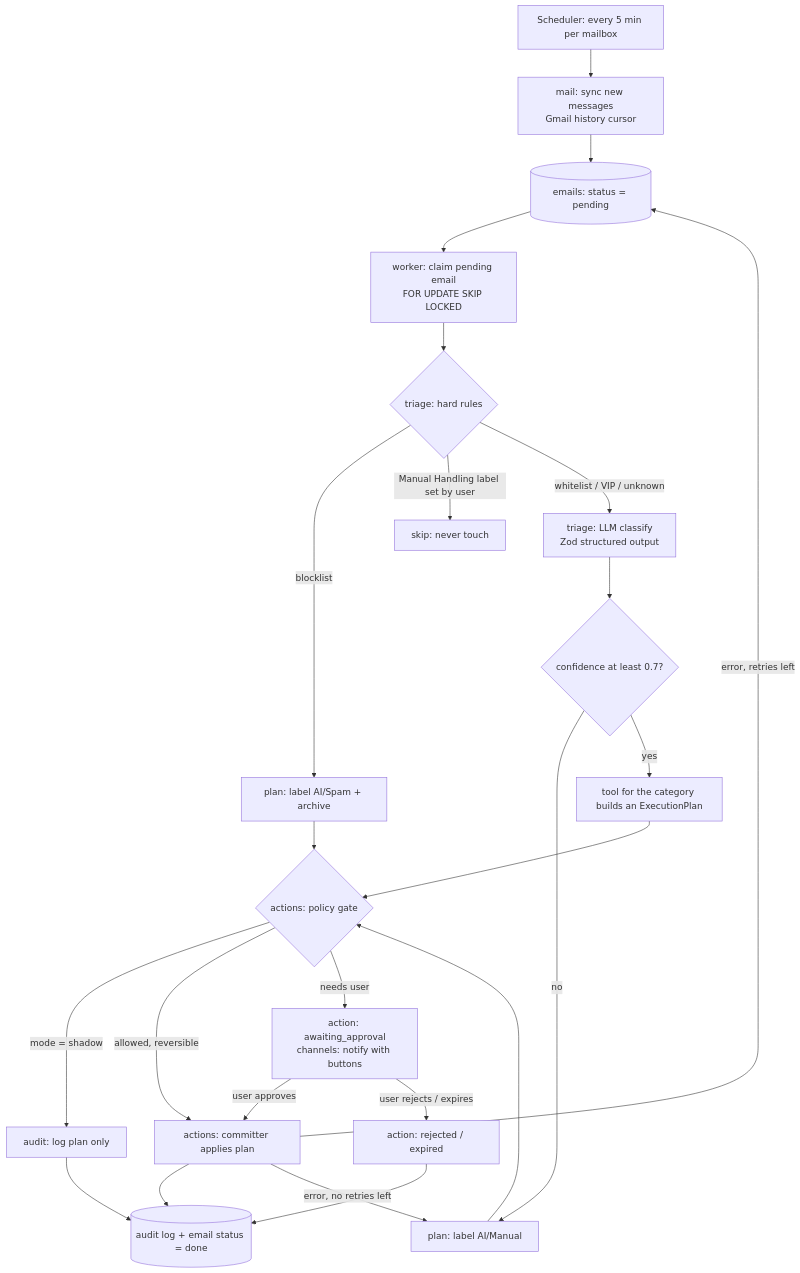
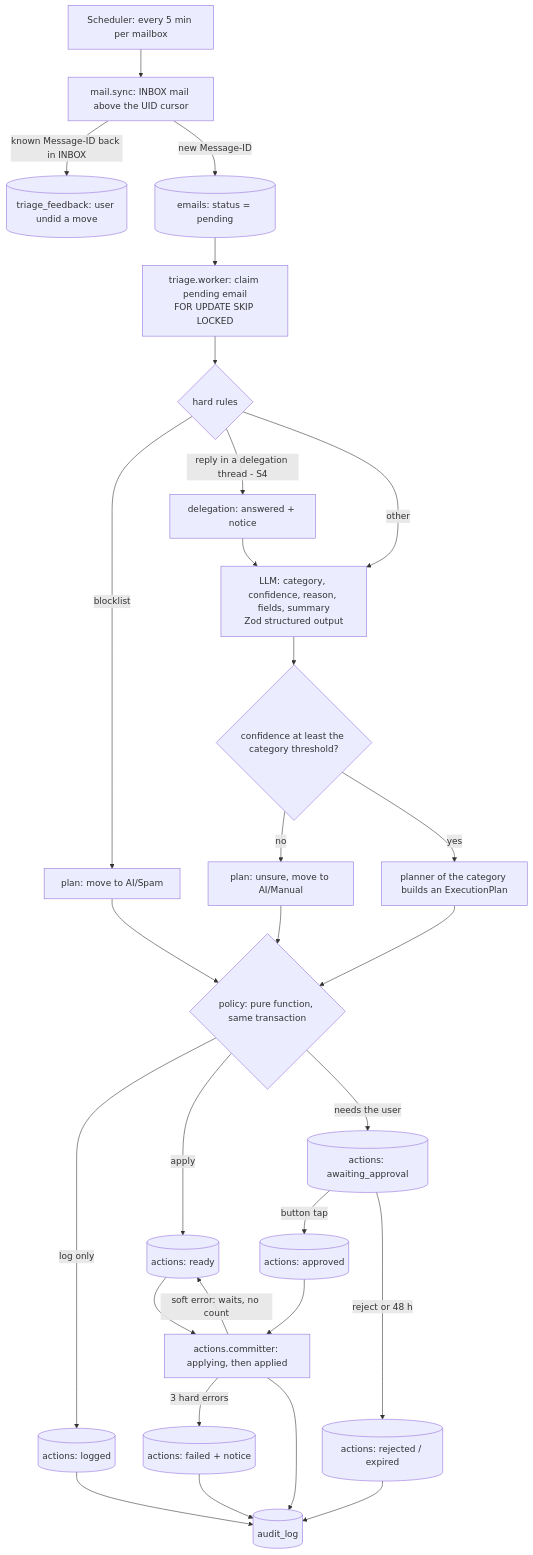
One commit to Artexs/email_assistant changed the second of 4 diagrams in docs/architecture.md. Above: the diagram before and after it, drawn with Mermaid. The commit also changed other lines of this file and 33 other files, not shown here.

Commit message:
docs: apply MVP review fixes — IMAP first (ADR 0010), own Postgres in Compose (0011), LLM data/cost rules (0012); architecture, modules, roadmap, brief Q9–Q11, code-patterns; slices S0–S6 (S1a/S1b split); review task done

````diff
--- a/docs/architecture.md
+++ b/docs/architecture.md
@@ -83,26 +86,31 @@
 ```mermaid
 flowchart TD
-    Tick[Scheduler: every 5 min per mailbox] --> Sync[mail: sync new messages<br/>Gmail history cursor]
-    Sync --> Store[(emails: status = pending)]
-    Store --> Claim[worker: claim pending email<br/>FOR UPDATE SKIP LOCKED]
-    Claim --> Rules{triage: hard rules}
-    Rules -->|blocklist| PlanSpam[plan: label AI/Spam + archive]
-    Rules -->|Manual Handling label set by user| Skip[skip: never touch]
-    Rules -->|whitelist / VIP / unknown| Classify[triage: LLM classify<br/>Zod structured output]
-    Classify --> Conf{confidence at least 0.7?}
-    Conf -->|no| PlanManual[plan: label AI/Manual]
-    Conf -->|yes| Tool[tool for the category builds an ExecutionPlan]
-    Tool --> Policy{actions: policy gate}
-    PlanSpam --> Policy
-    PlanManual --> Policy
-    Policy -->|mode = shadow| LogOnly[audit: log plan only]
-    Policy -->|allowed, reversible| Commit[actions: committer applies plan]
-    Policy -->|needs user| Await[action: awaiting_approval<br/>channels: notify with buttons]
-    Await -->|user approves| Commit
-    Await -->|user rejects / expires| Rejected[action: rejected / expired]
-    Commit --> Audit[(audit log + email status = done)]
-    LogOnly --> Audit
-    Rejected --> Audit
-    Commit -->|error, retries left| Store
-    Commit -->|error, no retries left| PlanManual
+    Tick[Scheduler: every 5 min per mailbox] --> Sync[mail.sync: INBOX mail above the UID cursor]
+    Sync -->|known Message-ID back in INBOX| FB[(triage_feedback: user undid a move)]
+    Sync -->|new Message-ID| Store[(emails: status = pending)]
+    Store --> Claim[triage.worker: claim pending email<br/>FOR UPDATE SKIP LOCKED]
+    Claim --> Rules{hard rules}
+    Rules -->|blocklist| PSpam[plan: move to AI/Spam]
+    Rules -->|reply in a delegation thread - S4| Answered[delegation: answered + notice]
+    Answered --> Classify
+    Rules -->|other| Classify[LLM: category, confidence, reason, fields, summary<br/>Zod structured output]
+    Classify --> Conf{confidence at least the category threshold?}
+    Conf -->|no| PManual[plan: unsure, move to AI/Manual]
+    Conf -->|yes| Plan[planner of the category builds an ExecutionPlan]
+    PSpam --> Policy
+    PManual --> Policy
+    Plan --> Policy{policy: pure function, same transaction}
+    Policy -->|log only| Logged[(actions: logged)]
+    Policy -->|apply| Ready[(actions: ready)]
+    Policy -->|needs the user| Await[(actions: awaiting_approval)]
+    Ready --> Commit[actions.committer: applying, then applied]
+    Await -->|button tap| Approved[(actions: approved)]
+    Approved --> Commit
+    Await -->|reject or 48 h| Closed[(actions: rejected / expired)]
+    Commit -->|soft error: waits, no count| Ready
+    Commit -->|3 hard errors| Failed[(actions: failed + notice)]
+    Logged --> Audit[(audit_log)]
+    Commit --> Audit
+    Closed --> Audit
+    Failed --> Audit
 ```
````
